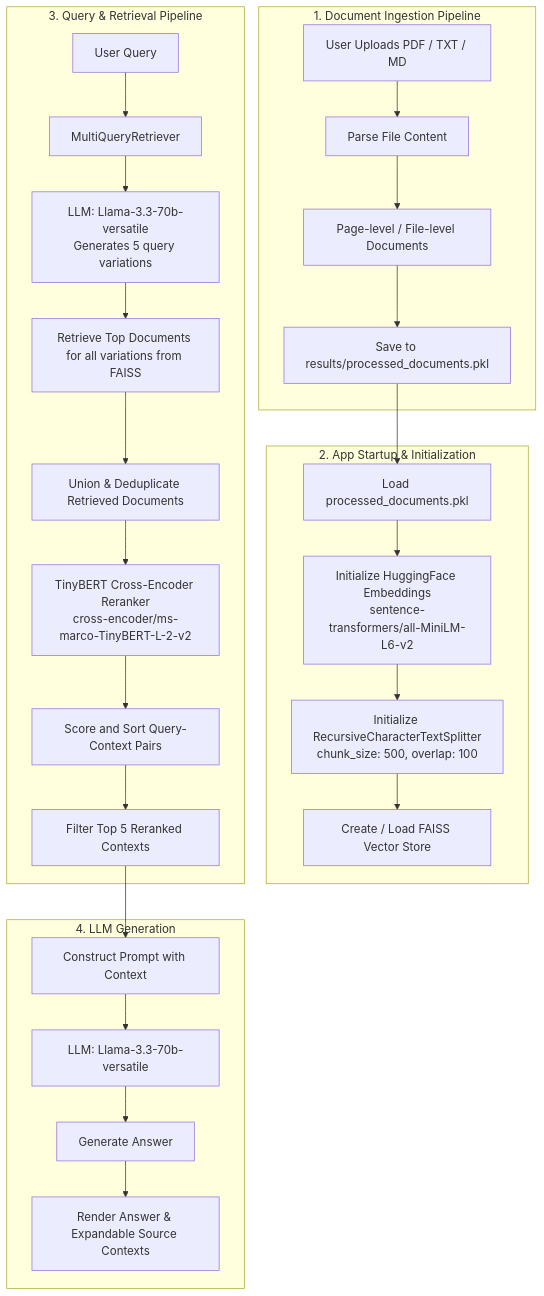
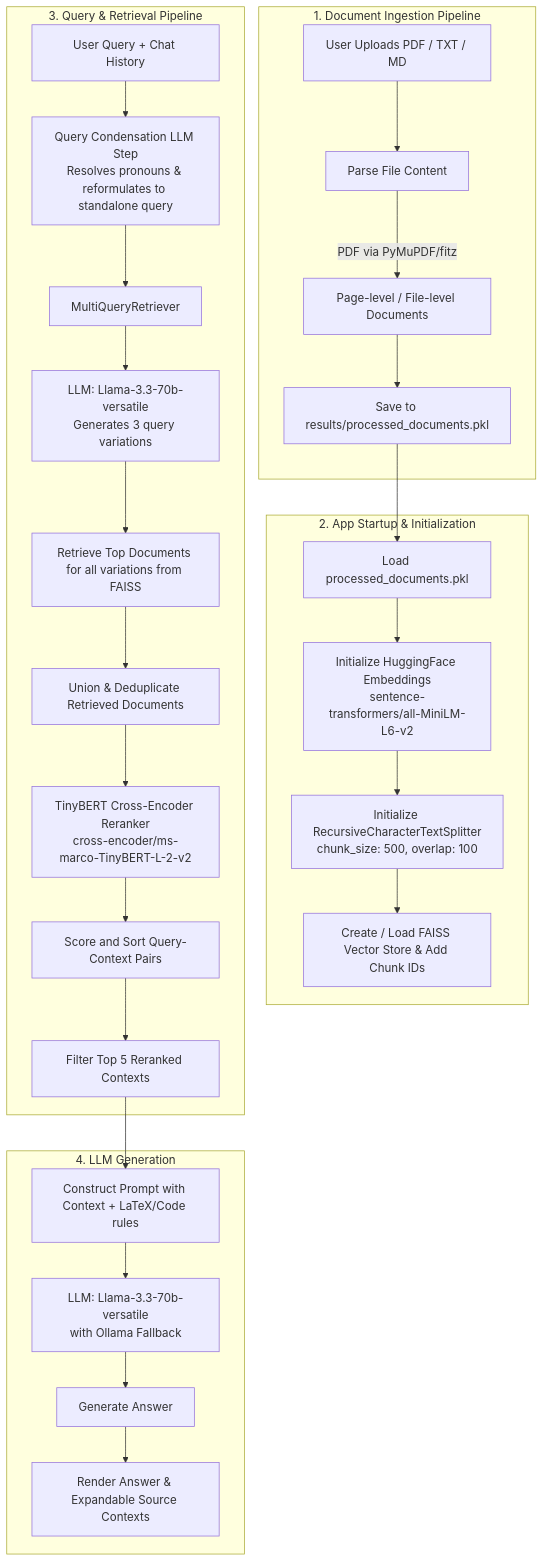
One commit to Rajdeep-Mudiar/iitg_RagChatbot_Streamlit changed the diagram in README.md. Above: the diagram before and after it, drawn with Mermaid. The commit also changed other lines of this file and 2 other files, not shown here.

````diff
--- a/README.md
+++ b/README.md
@@ -13,32 +13,33 @@
 ```mermaid
 flowchart TD
     subgraph Ingestion["1. Document Ingestion Pipeline"]
         A[User Uploads PDF / TXT / MD] --> B[Parse File Content]
-        B --> C[Page-level / File-level Documents]
+        B -->|PDF via PyMuPDF/fitz| C[Page-level / File-level Documents]
         C --> D[Save to results/processed_documents.pkl]
     end
 
     subgraph AppStartup["2. App Startup & Initialization"]
         D --> E[Load processed_documents.pkl]
         E --> F[Initialize HuggingFace Embeddings<br/>sentence-transformers/all-MiniLM-L6-v2]
         F --> G[Initialize RecursiveCharacterTextSplitter<br/>chunk_size: 500, overlap: 100]
-        G --> H[Create / Load FAISS Vector Store]
+        G --> H[Create / Load FAISS Vector Store & Add Chunk IDs]
     end
 
     subgraph RAGPipeline["3. Query & Retrieval Pipeline"]
-        I[User Query] --> J[MultiQueryRetriever]
-        J --> K[LLM: Llama-3.3-70b-versatile<br/>Generates 5 query variations]
+        I[User Query + Chat History] --> Condense[Query Condensation LLM Step<br/>Resolves pronouns & reformulates to standalone query]
+        Condense --> J[MultiQueryRetriever]
+        J --> K[LLM: Llama-3.3-70b-versatile<br/>Generates 3 query variations]
         K --> L[Retrieve Top Documents for all variations from FAISS]
         L --> M[Union & Deduplicate Retrieved Documents]
         M --> N[TinyBERT Cross-Encoder Reranker<br/>cross-encoder/ms-marco-TinyBERT-L-2-v2]
         N --> O[Score and Sort Query-Context Pairs]
         O --> P[Filter Top 5 Reranked Contexts]
     end
 
     subgraph Generation["4. LLM Generation"]
-        P --> Q[Construct Prompt with Context]
-        Q --> R[LLM: Llama-3.3-70b-versatile]
+        P --> Q[Construct Prompt with Context + LaTeX/Code rules]
+        Q --> R[LLM: Llama-3.3-70b-versatile<br/>with Ollama Fallback]
         R --> S[Generate Answer]
         S --> T[Render Answer & Expandable Source Contexts]
     end
 ```
````
